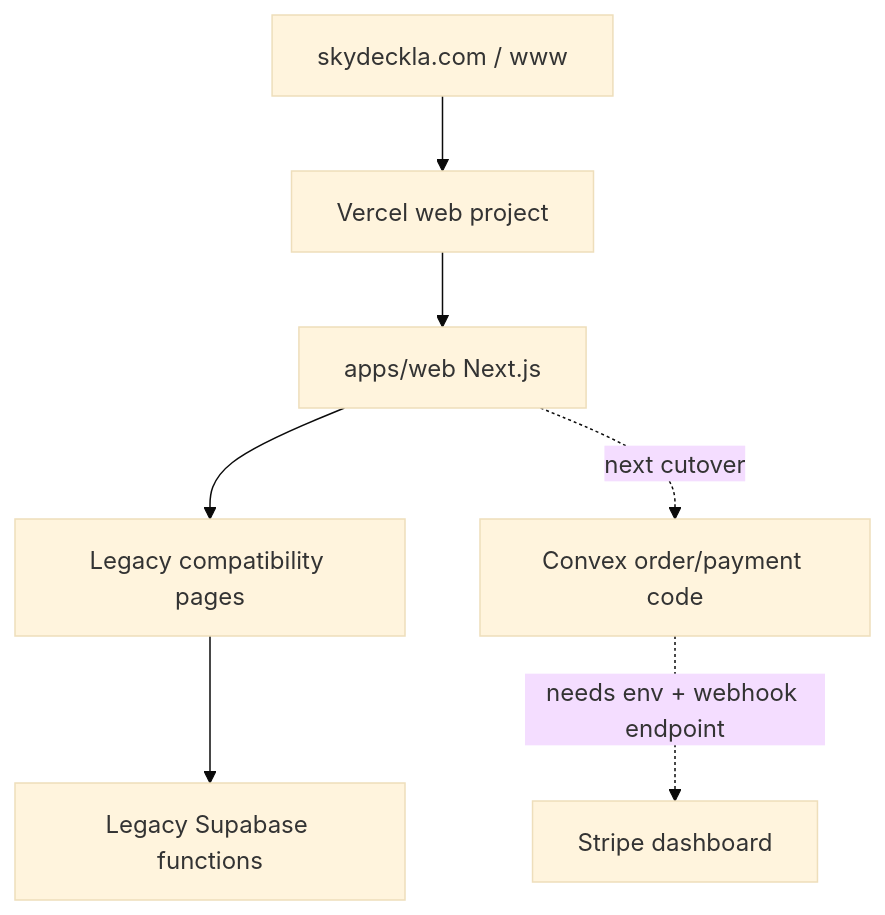
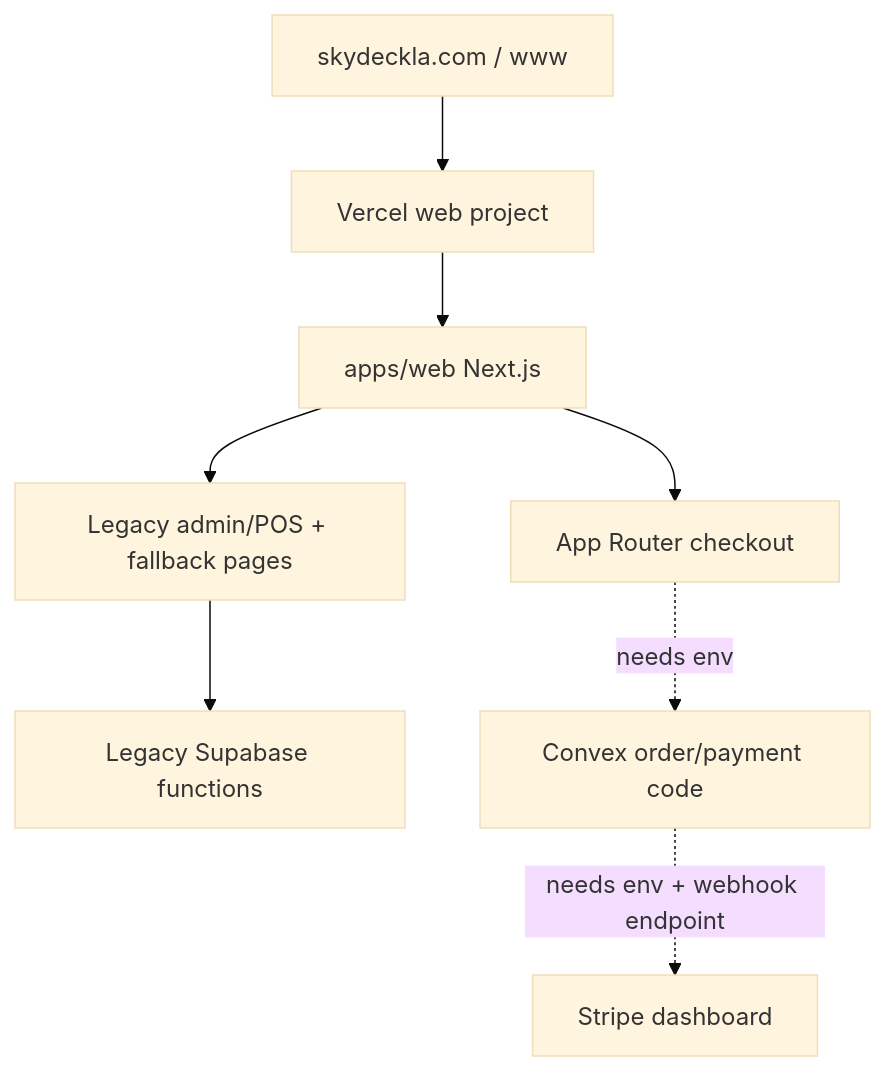
One commit to junyengit/skyla changed the diagram in docs/runbooks/production-readiness-checklist.md. Above: the diagram before and after it, drawn with Mermaid (base theme). The commit also changed other lines of this file and 16 other files, not shown here.

Commit message:
Cut over checkout to App Router bridge

````diff
--- a/docs/runbooks/production-readiness-checklist.md
+++ b/docs/runbooks/production-readiness-checklist.md
@@ -39,14 +39,16 @@
 ```mermaid
 flowchart TD
   domain["skydeckla.com / www"]
   vercel["Vercel web project"]
   next["apps/web Next.js"]
-  legacy["Legacy compatibility pages"]
+  checkout["App Router checkout"]
+  legacy["Legacy admin/POS + fallback pages"]
   supabase["Legacy Supabase functions"]
   convex["Convex order/payment code"]
   stripe["Stripe dashboard"]
 
-  domain --> vercel --> next --> legacy --> supabase
-  next -. "next cutover" .-> convex
+  domain --> vercel --> next --> checkout
+  next --> legacy --> supabase
+  checkout -. "needs env" .-> convex
   convex -. "needs env + webhook endpoint" .-> stripe
 ```
````
